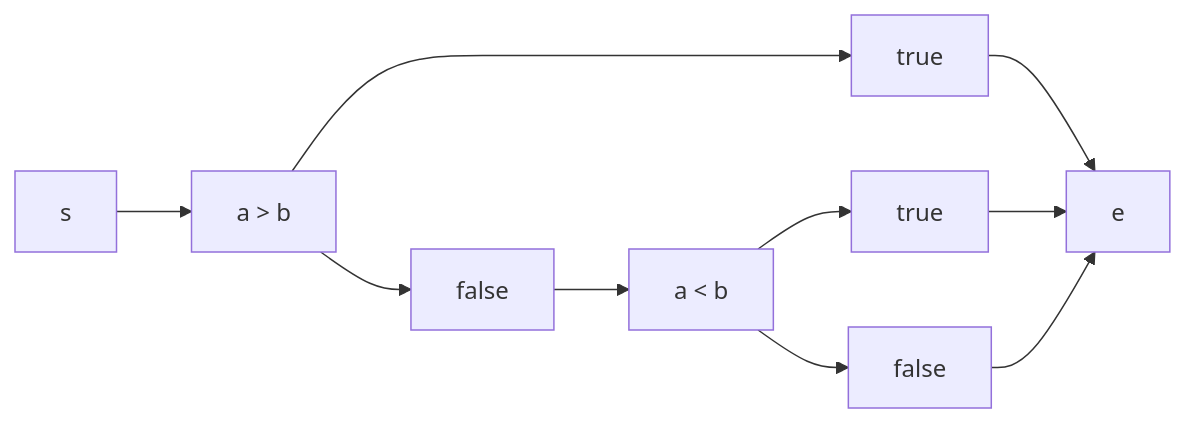
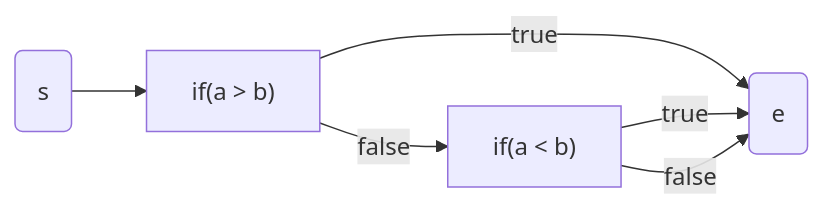
The third of 5 diagrams in README.md (stereobooster/test-coverage-calculation), drawn with Mermaid before and after one commit. The commit also changed other lines of this file, not shown here.

Commit message:
update diagrams

````diff
--- a/README.md
+++ b/README.md
@@ -101,6 +101,6 @@
 ```mermaid
 flowchart LR
-  s --> if1["a > b"] --> t1["true"] --> e
-  if1 --> f1["false"] --> if2["a < b"] --> t2["true"] --> e
-  if2 --> f2["false"] --> e
+  s(s) --> if1["if(a > b)"] -- true --> e
+  if1 -- false --> if2[" if(a < b)"] -- true --> e
+  if2 -- false --> e(e)
 ```
````
